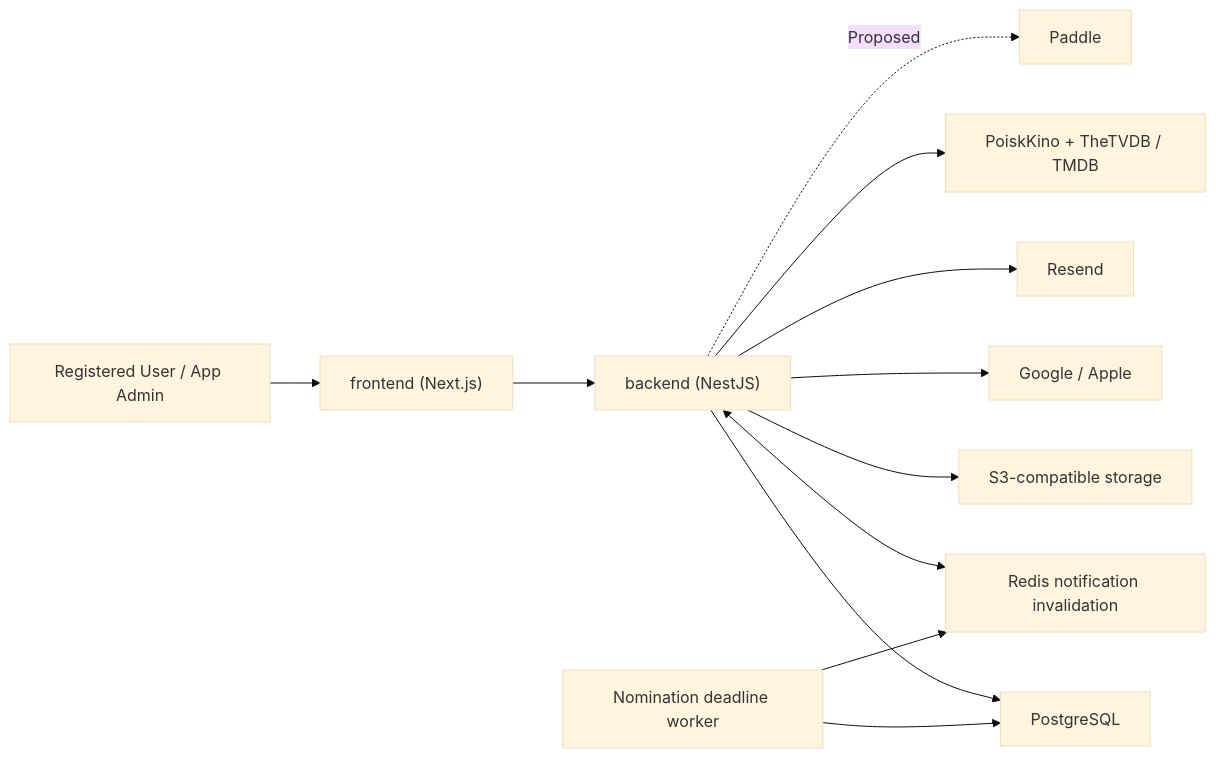
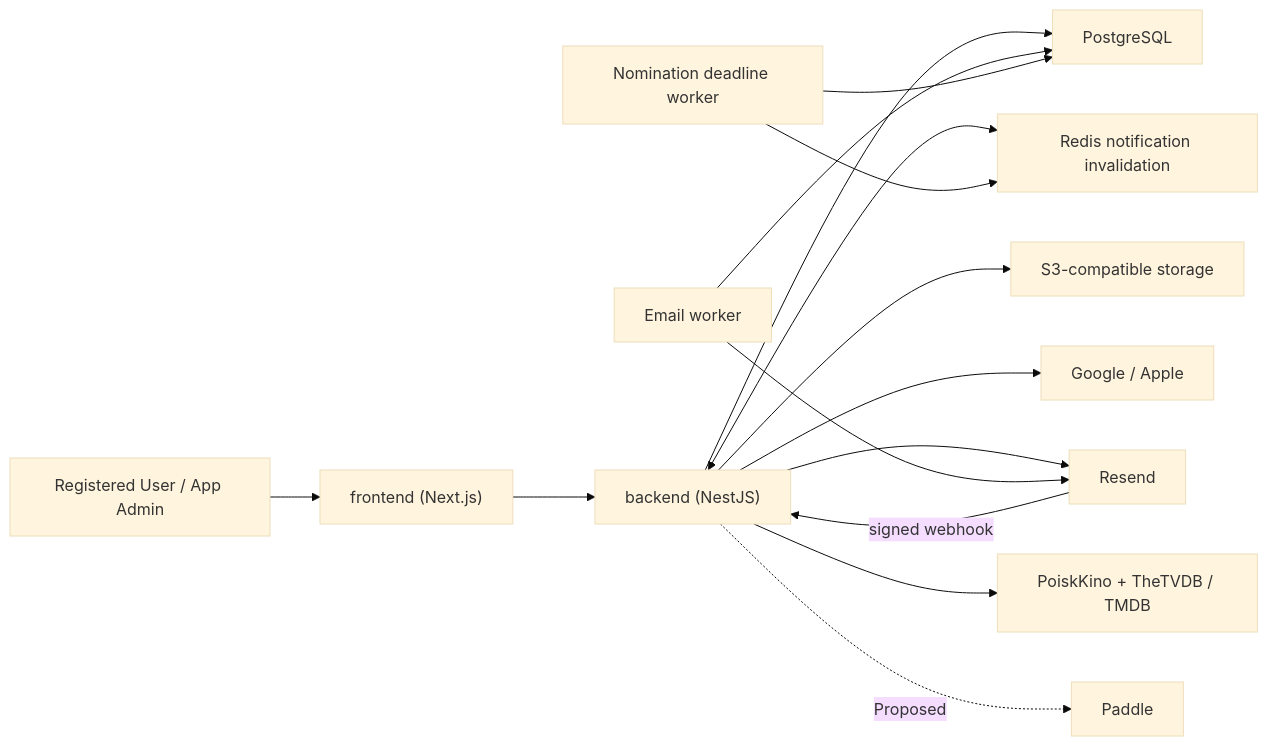
The first of 4 diagrams in ARCHITECTURE.md (Shagon1k/PickFlick), drawn with Mermaid (base theme) before and after one commit. The commit also changed other lines of this file and 47 other files, not shown here.

````diff
--- a/ARCHITECTURE.md
+++ b/ARCHITECTURE.md
@@ -24,14 +24,17 @@
 ```mermaid
 flowchart LR
   User["Registered User / App Admin"] --> Frontend["frontend (Next.js)"]
   Frontend --> API["backend (NestJS)"]
   API --> DB["PostgreSQL"]
   API <--> Redis["Redis notification invalidation"]
   Worker --> Redis
   API --> Objects["S3-compatible storage"]
   API --> OAuth["Google / Apple"]
   API --> Email["Resend"]
+  EmailWorker["Email worker"] --> DB
+  EmailWorker --> Email
+  Email -->|signed webhook| API
   API --> Catalog["PoiskKino + TheTVDB / TMDB"]
   Worker["Nomination deadline worker"] --> DB
   API -. Proposed .-> Paddle["Paddle"]
 ```
````
